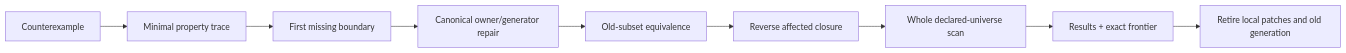
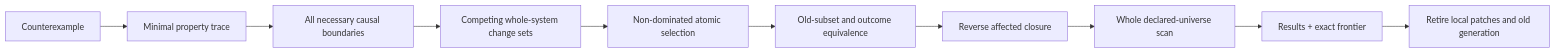
One commit to sec-platform/sec changed the third of 4 diagrams in docs/design-calculus/freeze-and-evolution.md. Above: the diagram before and after it, drawn with Mermaid. The commit also changed other lines of this file and 8 other files, not shown here.

````diff
--- a/docs/design-calculus/freeze-and-evolution.md
+++ b/docs/design-calculus/freeze-and-evolution.md
@@ -246,11 +249,12 @@
 ```mermaid
 flowchart LR
   C[Counterexample] --> W[Minimal property trace]
-  W --> G[First missing boundary]
-  G --> O[Canonical owner/generator repair]
-  O --> E[Old-subset equivalence]
+  W --> G[All necessary causal boundaries]
+  G --> M[Competing whole-system change sets]
+  M --> O[Non-dominated atomic selection]
+  O --> E[Old-subset and outcome equivalence]
   E --> A[Reverse affected closure]
   A --> S[Whole declared-universe scan]
   S --> R[Results + exact frontier]
   R --> T[Retire local patches and old generation]
 ```
````
